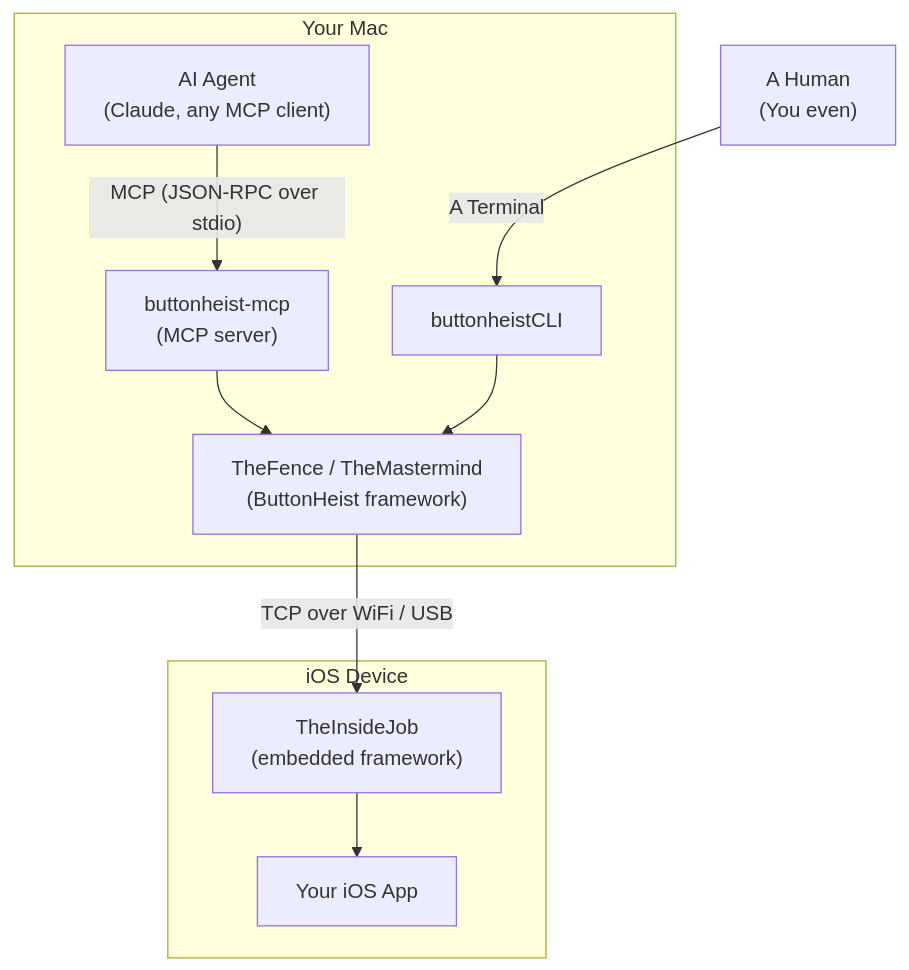
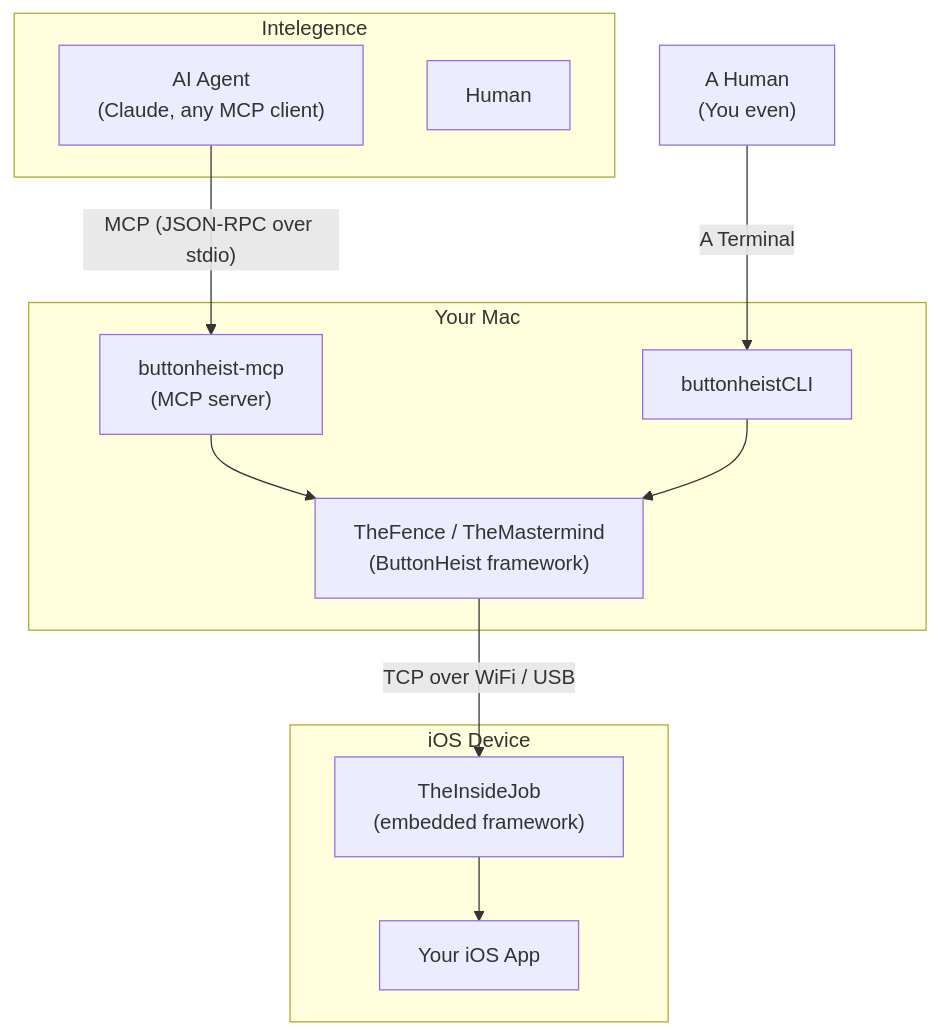
The diagram in README.md (RoyalPineapple/TheButtonHeist), drawn with Mermaid before and after one commit.

Commit message:
Update diagram in README for clarity

````diff
--- a/README.md
+++ b/README.md
@@ -55,30 +55,34 @@
 ```mermaid
 %% If you can read this, the diagram isn't rendering. Try github.com in a browser.
 graph TD
     AI["AI Agent<br/>(Claude, any MCP client)"]
     HUMAN["A Human<br/> (You even)"]
     MCP["buttonheist-mcp<br/>(MCP server)"]
     CLI["buttonheistCLI"]
     Client["TheFence / TheMastermind<br/>(ButtonHeist framework)"]
     IJ["TheInsideJob<br/>(embedded framework)"]
     App["Your iOS App"]
 
     AI -->|"MCP (JSON-RPC over stdio)"| MCP
     MCP --> Client
     HUMAN -->|"A Terminal"| CLI
     CLI --> Client
     Client -->|"TCP over WiFi / USB"| IJ
     IJ --> App
 
+    subgraph Intelegence["Intelegence"]
+        Human
+        AI
+    end
+
     subgraph Mac["Your Mac"]
-        AI
         MCP
         CLI
         Client
     end
 
     subgraph Device["iOS Device"]
         IJ
         App
     end
 ```
````
